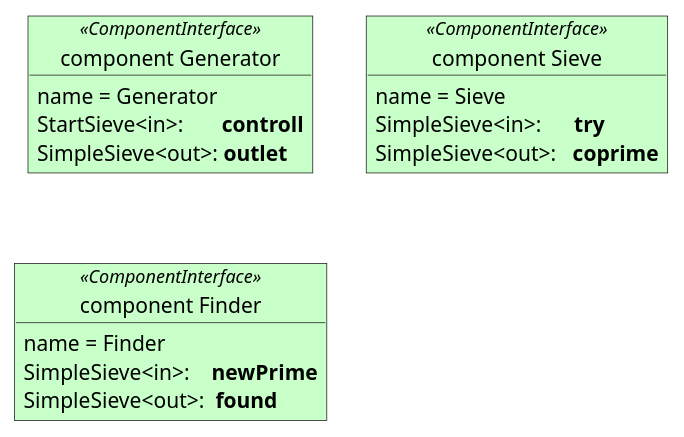
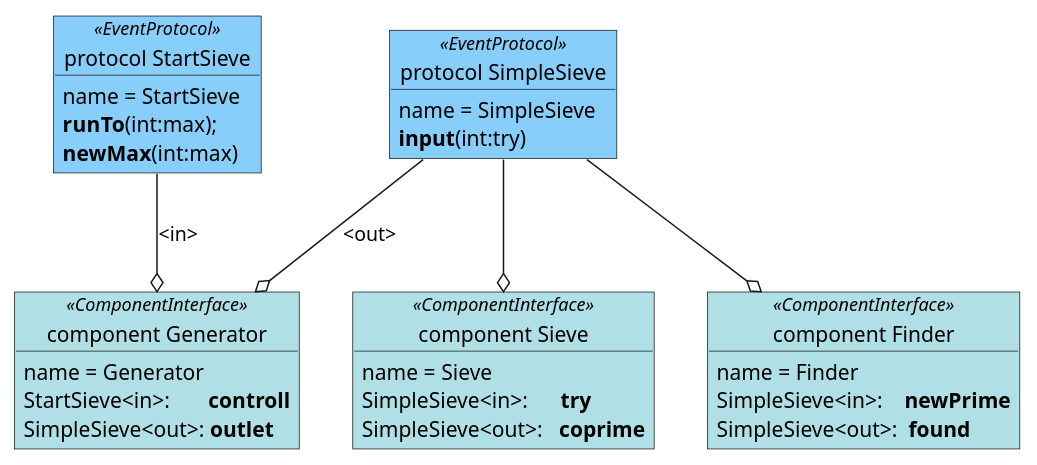
The diagram in TestDoubles_packages/TestDoubles-aigr-sieve/doc/basic1-moats.puml (AlbertMietus/CCastle2.hg), drawn with PlantUML before and after one commit. The commit also changed 3 other files, not shown here.

```diff
--- a/TestDoubles_packages/TestDoubles-aigr-sieve/doc/basic1-moats.puml
+++ b/TestDoubles_packages/TestDoubles-aigr-sieve/doc/basic1-moats.puml
@@ -1,40 +1,69 @@
 @startuml
 
-skinparam object {
-BackgroundColor #Technology
+skinparam object<<EventProtocol>> {
+  BackgroundColor #LightSkyBlue
 }
+skinparam object<<ComponentInterface>> {
+  BackgroundColor #PowderBlue
+}
+
+' protocol StartSieve : EventProtocol {
+'   runTo(int:max);
+'   newMax(int:max);
+' }
+object "protocol StartSieve" as StartSieve <<EventProtocol>> {
+   name = StartSieve
+   **runTo**(int:max);
+   **newMax**(int:max)
+}
+
+' protocol SimpleSieve : EventProtocol {
+'   input(int:try);
+' }
+object "protocol SimpleSieve" as SimpleSieve <<EventProtocol>> {
+   name = SimpleSieve
+   **input**(int:try)
+}
+
 
 ' component Generator : Component {
 '   port StartSieve<in>:controll;
 '   port SimpleSieve<out>:outlet;
 ' }
 object "component Generator" as Generator <<ComponentInterface>> {
    name = Generator
    StartSieve<in>:       **controll**
    SimpleSieve<out>: **outlet**
 }
-
+StartSieve  --o Generator: <in>
+SimpleSieve --o Generator: <out>
 
 ' component Sieve(onPrime:int) : Component {
 '   port SimpleSieve<in>:try;
 '   port SimpleSieve<out>:coprime;
 ' }
 object "component Sieve"  as Sieve <<ComponentInterface>> {
    name = Sieve
    SimpleSieve<in>:      **try**
    SimpleSieve<out>:   **coprime**
-
 }
-
+SimpleSieve --o Sieve
+'SimpleSieve --o Sieve: <in>
+'SimpleSieve --o Sieve: <out>
 
 ' component Finder : Component {
 '   port SimpleSieve<in>:newPrime;
 '   port SimpleSieve<out>:found;
 ' }
 object "component Finder" as Finder <<ComponentInterface>> {
    name = Finder
    SimpleSieve<in>:    **newPrime**
    SimpleSieve<out>:  **found**
 }
+SimpleSieve --o Finder
+'SimpleSieve --o Finder: <in>
+'SimpleSieve --o Finder: <out>
+
+
 
 @enduml
```
